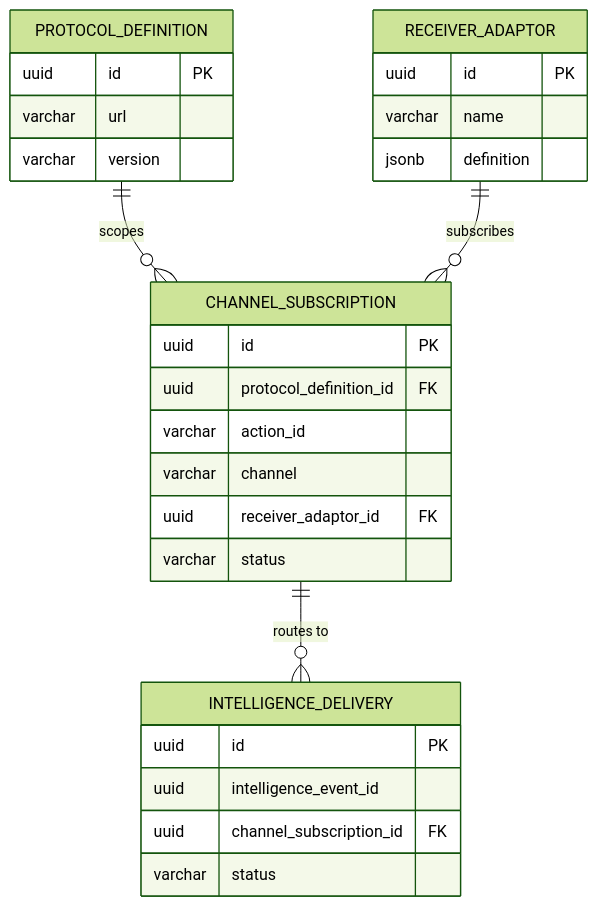
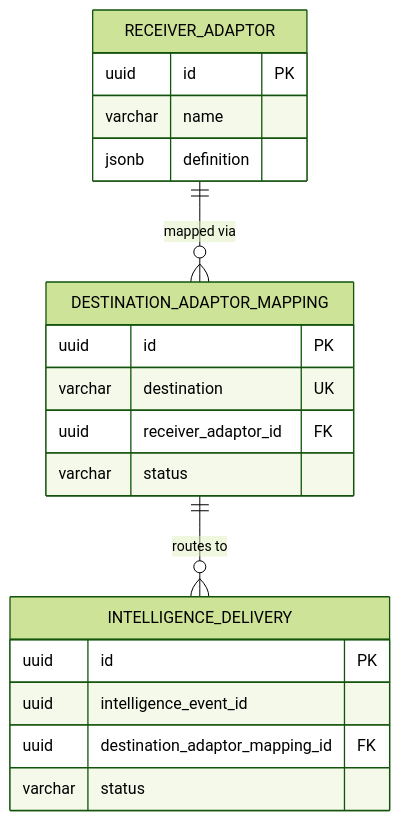
Before and after one commit to Jayaprakash8887/cce-intelligence-service: the fourth of 6 diagrams in docs/architecture-overview.md, drawn with Mermaid (forest theme). The commit also changed other lines of this file and 39 other files, not shown here.

First line of the commit message:
feat: Refactor channel subscription to destination adaptor mapping

````diff
--- a/docs/architecture-overview.md
+++ b/docs/architecture-overview.md
@@ -419,34 +410,25 @@
 ```mermaid
 erDiagram
-    PROTOCOL_DEFINITION ||--o{ CHANNEL_SUBSCRIPTION : "scopes"
-    RECEIVER_ADAPTOR ||--o{ CHANNEL_SUBSCRIPTION : "subscribes"
-    CHANNEL_SUBSCRIPTION ||--o{ INTELLIGENCE_DELIVERY : "routes to"
+    RECEIVER_ADAPTOR ||--o{ DESTINATION_ADAPTOR_MAPPING : "mapped via"
+    DESTINATION_ADAPTOR_MAPPING ||--o{ INTELLIGENCE_DELIVERY : "routes to"
 
-    PROTOCOL_DEFINITION {
+    DESTINATION_ADAPTOR_MAPPING {
         uuid id PK
-        varchar url
-        varchar version
-    }
-
-    CHANNEL_SUBSCRIPTION {
-        uuid id PK
-        uuid protocol_definition_id FK
-        varchar action_id
-        varchar channel
+        varchar destination UK
         uuid receiver_adaptor_id FK
         varchar status
     }
 
     RECEIVER_ADAPTOR {
         uuid id PK
         varchar name
         jsonb definition
     }
 
     INTELLIGENCE_DELIVERY {
         uuid id PK
         uuid intelligence_event_id
-        uuid channel_subscription_id FK
+        uuid destination_adaptor_mapping_id FK
         varchar status
     }
 ```
````
